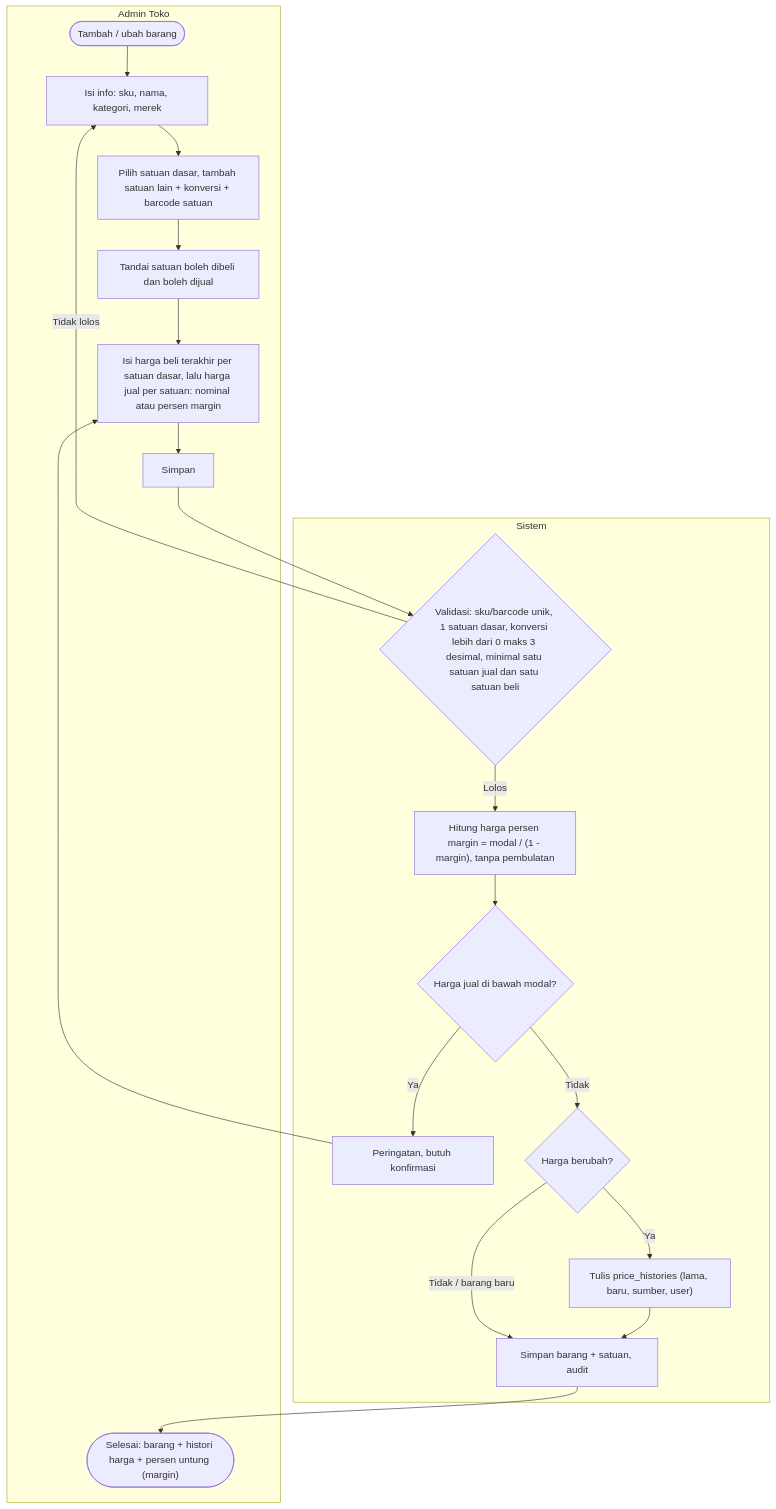
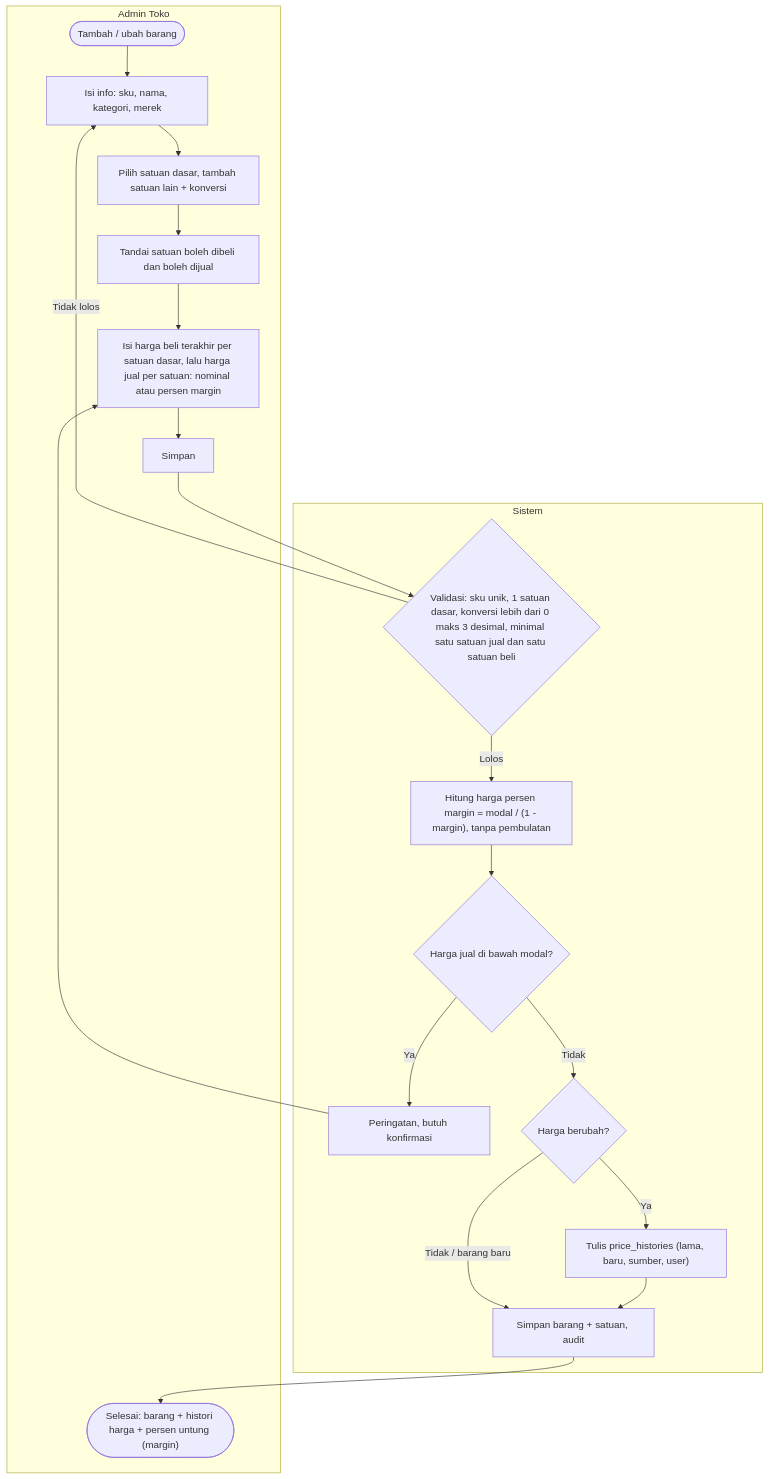
The fifth of 30 diagrams in docs/analisis-sistem.md (aliefpraditya/store-management), drawn with Mermaid before and after one commit. The commit also changed other lines of this file and 113 other files, not shown here.

````diff
--- a/docs/analisis-sistem.md
+++ b/docs/analisis-sistem.md
@@ -506,28 +506,28 @@
 ```mermaid
 flowchart TD
     subgraph ADM["Admin Toko"]
         A1(["Tambah / ubah barang"]) --> A2["Isi info: sku, nama, kategori, merek"]
-        A2 --> A3["Pilih satuan dasar, tambah satuan lain + konversi + barcode satuan"]
+        A2 --> A3["Pilih satuan dasar, tambah satuan lain + konversi"]
         A3 --> A4["Tandai satuan boleh dibeli dan boleh dijual"]
         A4 --> A5["Isi harga beli terakhir per satuan dasar, lalu harga jual per satuan: nominal atau persen margin"]
         A5 --> A6["Simpan"]
         A12(["Selesai: barang + histori harga + persen untung (margin)"])
     end
     subgraph SYS["Sistem"]
-        S1{"Validasi: sku/barcode unik, 1 satuan dasar, konversi lebih dari 0 maks 3 desimal, minimal satu satuan jual dan satu satuan beli"}
+        S1{"Validasi: sku unik, 1 satuan dasar, konversi lebih dari 0 maks 3 desimal, minimal satu satuan jual dan satu satuan beli"}
         S4["Hitung harga persen margin = modal / (1 - margin), tanpa pembulatan"]
         S5{"Harga jual di bawah modal?"}
         S6["Peringatan, butuh konfirmasi"]
         S7{"Harga berubah?"}
         S8["Tulis price_histories (lama, baru, sumber, user)"]
         S9["Simpan barang + satuan, audit"]
     end
     A6 --> S1
     S1 -->|"Tidak lolos"| A2
     S1 -->|"Lolos"| S4 --> S5
     S5 -->|"Ya"| S6 --> A5
     S5 -->|"Tidak"| S7
     S7 -->|"Ya"| S8 --> S9
     S7 -->|"Tidak / barang baru"| S9
     S9 --> A12
 ```
````
